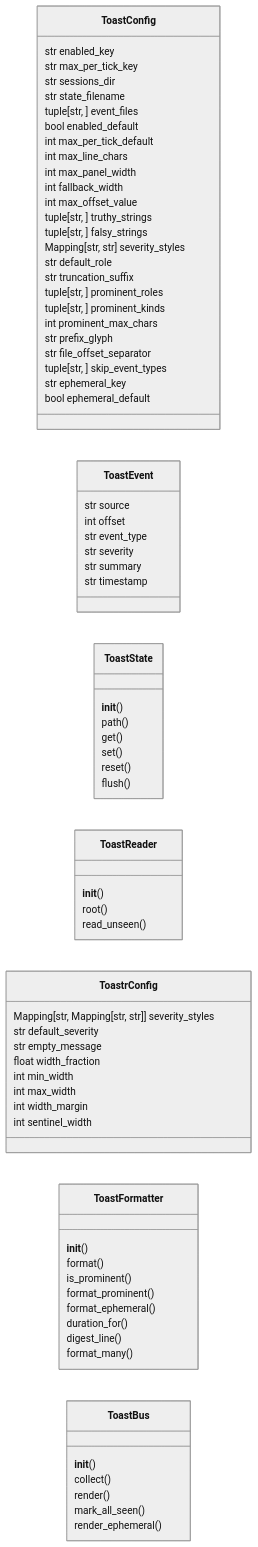
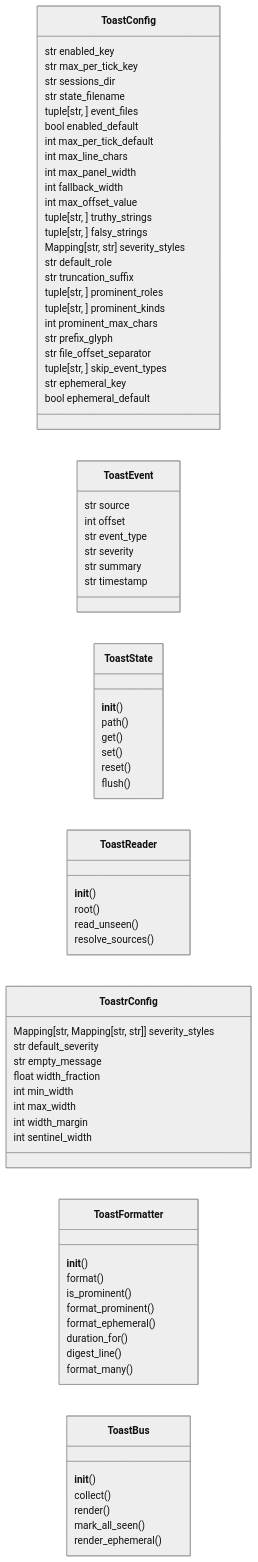
The first of 2 diagrams in readmenator-apidocs/modules/cli.toast_bus.py.md (grisuno/LazyOwn), drawn with Mermaid (neutral theme) before and after one commit. The commit also changed other lines of this file and 496 other files, not shown here.

First line of the commit message:
test: A mediator architecture is implemented with a safety harness inspired by Apollo 11.

````diff
--- a/readmenator-apidocs/modules/cli.toast_bus.py.md
+++ b/readmenator-apidocs/modules/cli.toast_bus.py.md
@@ -35,71 +35,72 @@
 ```mermaid
 classDiagram
     direction LR
     class ToastConfig
     ToastConfig : str enabled_key
     ToastConfig : str max_per_tick_key
     ToastConfig : str sessions_dir
     ToastConfig : str state_filename
     ToastConfig : tuple[str, ] event_files
     ToastConfig : bool enabled_default
     ToastConfig : int max_per_tick_default
     ToastConfig : int max_line_chars
     ToastConfig : int max_panel_width
     ToastConfig : int fallback_width
     ToastConfig : int max_offset_value
     ToastConfig : tuple[str, ] truthy_strings
     ToastConfig : tuple[str, ] falsy_strings
     ToastConfig : Mapping[str, str] severity_styles
     ToastConfig : str default_role
     ToastConfig : str truncation_suffix
     ToastConfig : tuple[str, ] prominent_roles
     ToastConfig : tuple[str, ] prominent_kinds
     ToastConfig : int prominent_max_chars
     ToastConfig : str prefix_glyph
     ToastConfig : str file_offset_separator
     ToastConfig : tuple[str, ] skip_event_types
     ToastConfig : str ephemeral_key
     ToastConfig : bool ephemeral_default
     class ToastEvent
     ToastEvent : str source
     ToastEvent : int offset
     ToastEvent : str event_type
     ToastEvent : str severity
     ToastEvent : str summary
     ToastEvent : str timestamp
     class ToastState
     ToastState : __init__()
     ToastState : path()
     ToastState : get()
     ToastState : set()
     ToastState : reset()
     ToastState : flush()
     class ToastReader
     ToastReader : __init__()
     ToastReader : root()
     ToastReader : read_unseen()
+    ToastReader : resolve_sources()
     class ToastrConfig
     ToastrConfig : Mapping[str, Mapping[str, str]] severity_styles
     ToastrConfig : str default_severity
     ToastrConfig : str empty_message
     ToastrConfig : float width_fraction
     ToastrConfig : int min_width
     ToastrConfig : int max_width
     ToastrConfig : int width_margin
     ToastrConfig : int sentinel_width
     class ToastFormatter
     ToastFormatter : __init__()
     ToastFormatter : format()
     ToastFormatter : is_prominent()
     ToastFormatter : format_prominent()
     ToastFormatter : format_ephemeral()
     ToastFormatter : duration_for()
     ToastFormatter : digest_line()
     ToastFormatter : format_many()
     class ToastBus
     ToastBus : __init__()
     ToastBus : collect()
     ToastBus : render()
     ToastBus : mark_all_seen()
     ToastBus : render_ephemeral()
 ```
````
